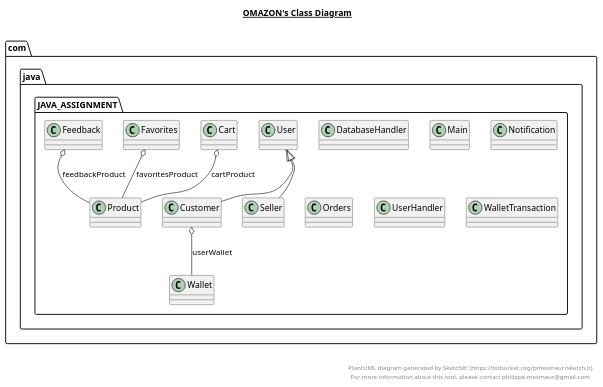
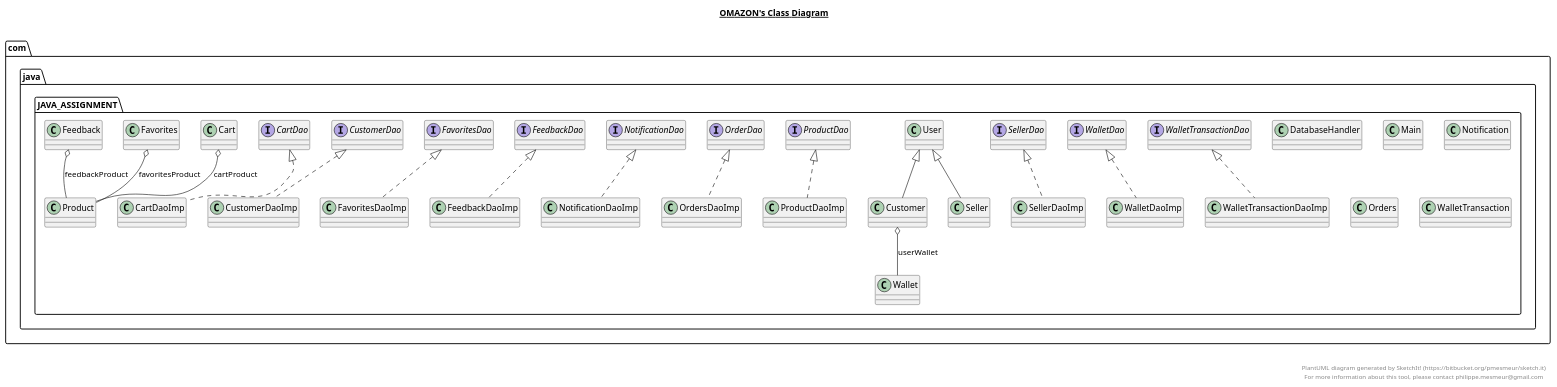
The diagram in Omazon.plantuml (ThayananthKumaresan/Omazon), drawn with PlantUML before and after one commit. The commit also changed 32 other files, not shown here.

Commit message:
Completed product display , checkout , homepage,customer profile page and fixed classes

```diff
--- a/Omazon.plantuml
+++ b/Omazon.plantuml
@@ -9,7 +9,31 @@
   
 
   namespace com.java.JAVA_ASSIGNMENT {
+    interface com.java.JAVA_ASSIGNMENT.CartDao {
+    }
+  }
+  
+
+  namespace com.java.JAVA_ASSIGNMENT {
+    class com.java.JAVA_ASSIGNMENT.CartDaoImp {
+    }
+  }
+  
+
+  namespace com.java.JAVA_ASSIGNMENT {
     class com.java.JAVA_ASSIGNMENT.Customer {
+    }
+  }
+  
+
+  namespace com.java.JAVA_ASSIGNMENT {
+    interface com.java.JAVA_ASSIGNMENT.CustomerDao {
+    }
+  }
+  
+
+  namespace com.java.JAVA_ASSIGNMENT {
+    class com.java.JAVA_ASSIGNMENT.CustomerDaoImp {
     }
   }
   
@@ -27,7 +51,31 @@
   
 
   namespace com.java.JAVA_ASSIGNMENT {
+    interface com.java.JAVA_ASSIGNMENT.FavoritesDao {
+    }
+  }
+  
+
+  namespace com.java.JAVA_ASSIGNMENT {
+    class com.java.JAVA_ASSIGNMENT.FavoritesDaoImp {
+    }
+  }
+  
+
+  namespace com.java.JAVA_ASSIGNMENT {
     class com.java.JAVA_ASSIGNMENT.Feedback {
+    }
+  }
+  
+
+  namespace com.java.JAVA_ASSIGNMENT {
+    interface com.java.JAVA_ASSIGNMENT.FeedbackDao {
+    }
+  }
+  
+
+  namespace com.java.JAVA_ASSIGNMENT {
+    class com.java.JAVA_ASSIGNMENT.FeedbackDaoImp {
     }
   }
   
@@ -45,7 +93,31 @@
   
 
   namespace com.java.JAVA_ASSIGNMENT {
+    interface com.java.JAVA_ASSIGNMENT.NotificationDao {
+    }
+  }
+  
+
+  namespace com.java.JAVA_ASSIGNMENT {
+    class com.java.JAVA_ASSIGNMENT.NotificationDaoImp {
+    }
+  }
+  
+
+  namespace com.java.JAVA_ASSIGNMENT {
+    interface com.java.JAVA_ASSIGNMENT.OrderDao {
+    }
+  }
+  
+
+  namespace com.java.JAVA_ASSIGNMENT {
     class com.java.JAVA_ASSIGNMENT.Orders {
+    }
+  }
+  
+
+  namespace com.java.JAVA_ASSIGNMENT {
+    class com.java.JAVA_ASSIGNMENT.OrdersDaoImp {
     }
   }
   
@@ -57,7 +129,31 @@
   
 
   namespace com.java.JAVA_ASSIGNMENT {
+    interface com.java.JAVA_ASSIGNMENT.ProductDao {
+    }
+  }
+  
+
+  namespace com.java.JAVA_ASSIGNMENT {
+    class com.java.JAVA_ASSIGNMENT.ProductDaoImp {
+    }
+  }
+  
+
+  namespace com.java.JAVA_ASSIGNMENT {
     class com.java.JAVA_ASSIGNMENT.Seller {
+    }
+  }
+  
+
+  namespace com.java.JAVA_ASSIGNMENT {
+    interface com.java.JAVA_ASSIGNMENT.SellerDao {
+    }
+  }
+  
+
+  namespace com.java.JAVA_ASSIGNMENT {
+    class com.java.JAVA_ASSIGNMENT.SellerDaoImp {
     }
   }
   
@@ -69,13 +165,19 @@
   
 
   namespace com.java.JAVA_ASSIGNMENT {
-    class com.java.JAVA_ASSIGNMENT.UserHandler {
+    class com.java.JAVA_ASSIGNMENT.Wallet {
     }
   }
   
 
   namespace com.java.JAVA_ASSIGNMENT {
-    class com.java.JAVA_ASSIGNMENT.Wallet {
+    interface com.java.JAVA_ASSIGNMENT.WalletDao {
+    }
+  }
+  
+
+  namespace com.java.JAVA_ASSIGNMENT {
+    class com.java.JAVA_ASSIGNMENT.WalletDaoImp {
     }
   }
   
@@ -86,12 +188,34 @@
   }
   
 
+  namespace com.java.JAVA_ASSIGNMENT {
+    interface com.java.JAVA_ASSIGNMENT.WalletTransactionDao {
+    }
+  }
+  
+
+  namespace com.java.JAVA_ASSIGNMENT {
+    class com.java.JAVA_ASSIGNMENT.WalletTransactionDaoImp {
+    }
+  }
+  
+
   com.java.JAVA_ASSIGNMENT.Cart o-- com.java.JAVA_ASSIGNMENT.Product : cartProduct
+  com.java.JAVA_ASSIGNMENT.CartDaoImp .up.|> com.java.JAVA_ASSIGNMENT.CartDao
   com.java.JAVA_ASSIGNMENT.Customer -up-|> com.java.JAVA_ASSIGNMENT.User
   com.java.JAVA_ASSIGNMENT.Customer o-- com.java.JAVA_ASSIGNMENT.Wallet : userWallet
+  com.java.JAVA_ASSIGNMENT.CustomerDaoImp .up.|> com.java.JAVA_ASSIGNMENT.CustomerDao
   com.java.JAVA_ASSIGNMENT.Favorites o-- com.java.JAVA_ASSIGNMENT.Product : favoritesProduct
+  com.java.JAVA_ASSIGNMENT.FavoritesDaoImp .up.|> com.java.JAVA_ASSIGNMENT.FavoritesDao
   com.java.JAVA_ASSIGNMENT.Feedback o-- com.java.JAVA_ASSIGNMENT.Product : feedbackProduct
+  com.java.JAVA_ASSIGNMENT.FeedbackDaoImp .up.|> com.java.JAVA_ASSIGNMENT.FeedbackDao
+  com.java.JAVA_ASSIGNMENT.NotificationDaoImp .up.|> com.java.JAVA_ASSIGNMENT.NotificationDao
+  com.java.JAVA_ASSIGNMENT.OrdersDaoImp .up.|> com.java.JAVA_ASSIGNMENT.OrderDao
+  com.java.JAVA_ASSIGNMENT.ProductDaoImp .up.|> com.java.JAVA_ASSIGNMENT.ProductDao
   com.java.JAVA_ASSIGNMENT.Seller -up-|> com.java.JAVA_ASSIGNMENT.User
+  com.java.JAVA_ASSIGNMENT.SellerDaoImp .up.|> com.java.JAVA_ASSIGNMENT.SellerDao
+  com.java.JAVA_ASSIGNMENT.WalletDaoImp .up.|> com.java.JAVA_ASSIGNMENT.WalletDao
+  com.java.JAVA_ASSIGNMENT.WalletTransactionDaoImp .up.|> com.java.JAVA_ASSIGNMENT.WalletTransactionDao
 
 
 right footer
```
